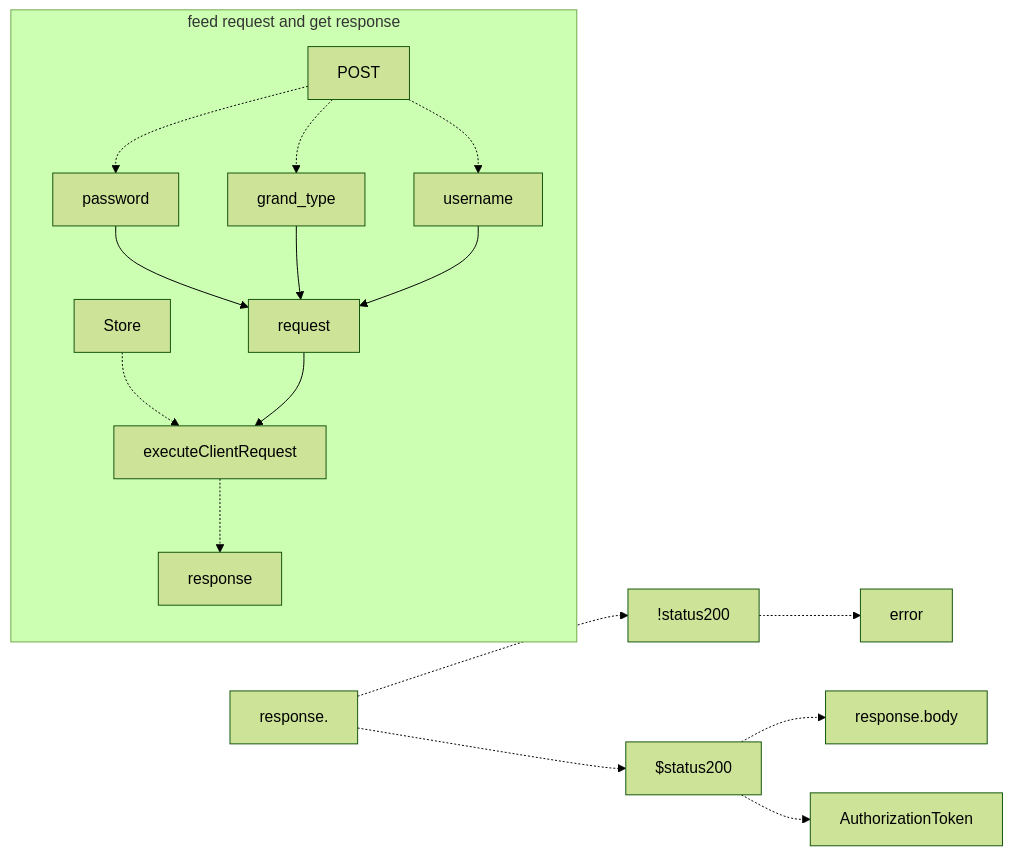
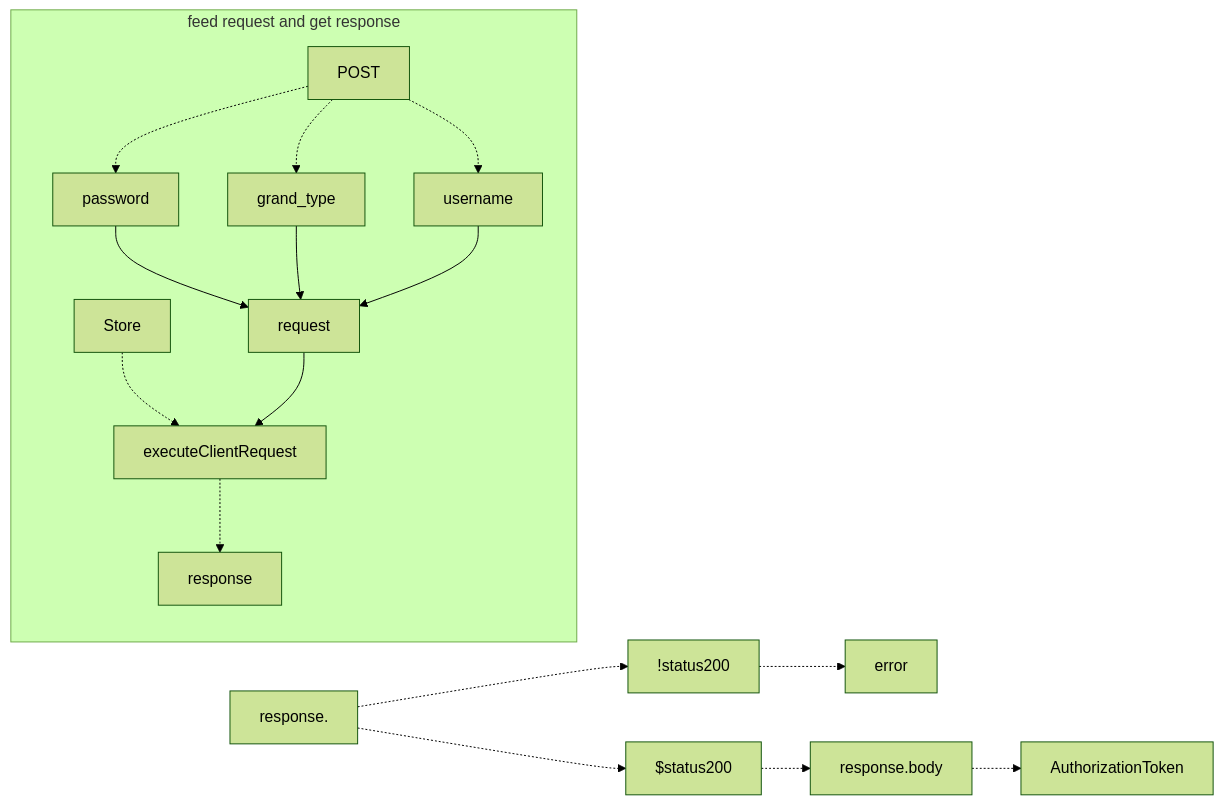
Before and after one commit to gordianknotC/nxp_note: the tenth of 11 diagrams in newage/astro.md, drawn with Mermaid (forest theme). The commit also changed other lines of this file, not shown here.

````diff
--- a/newage/astro.md
+++ b/newage/astro.md
@@ -145,25 +145,25 @@
 ```mermaid
 graph LR
 subgraph feed request and get response
 	POST
 	POST -.-> username
 	POST -.-> password
 	POST -.-> grand_type
 	password --> request
 	grand_type --> request
 	username --> request
 
 	Store
 	Store -.-> executeClientRequest
 	request --> executeClientRequest
 	executeClientRequest -.-> response
 end
 
 response. -.-> !status200
 !status200 -.-> error
 response. -.-> $status200
 $status200 -.-> response.body
-$status200 -.-> AuthorizationToken
+response.body -.-> AuthorizationToken
 
 
 ```
````
